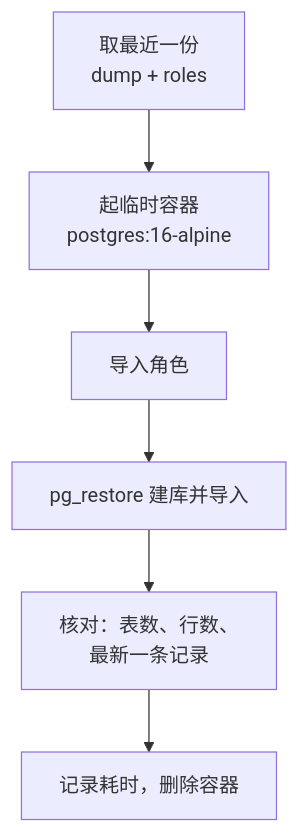
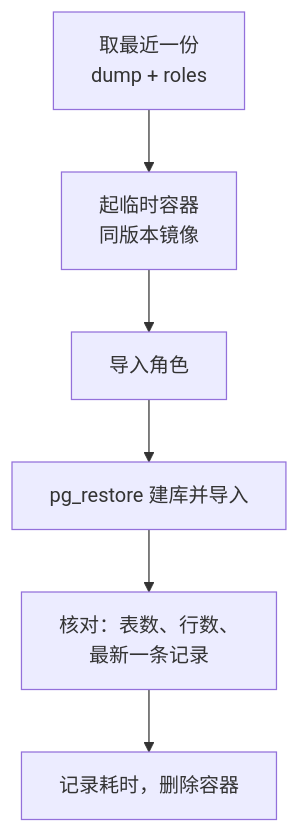
The diagram in books/database-ops/02-backup-restore.md (jarvis-pro/hatch-shelf), drawn with Mermaid before and after one commit. The commit also changed other lines of this file and 231 other files, not shown here.

````diff
--- a/books/database-ops/02-backup-restore.md
+++ b/books/database-ops/02-backup-restore.md
@@ -79,8 +79,8 @@
 ```mermaid
 flowchart TD
-  A["取最近一份<br/>dump + roles"] --> B["起临时容器<br/>postgres:16-alpine"]
+  A["取最近一份<br/>dump + roles"] --> B["起临时容器<br/>同版本镜像"]
   B --> C["导入角色"]
   C --> D["pg_restore 建库并导入"]
   D --> E["核对：表数、行数、<br/>最新一条记录"]
   E --> F["记录耗时，删除容器"]
 ```
````
